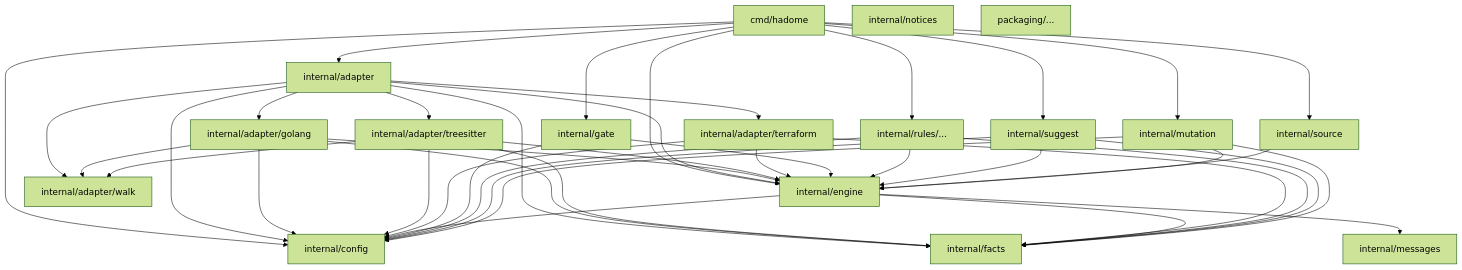
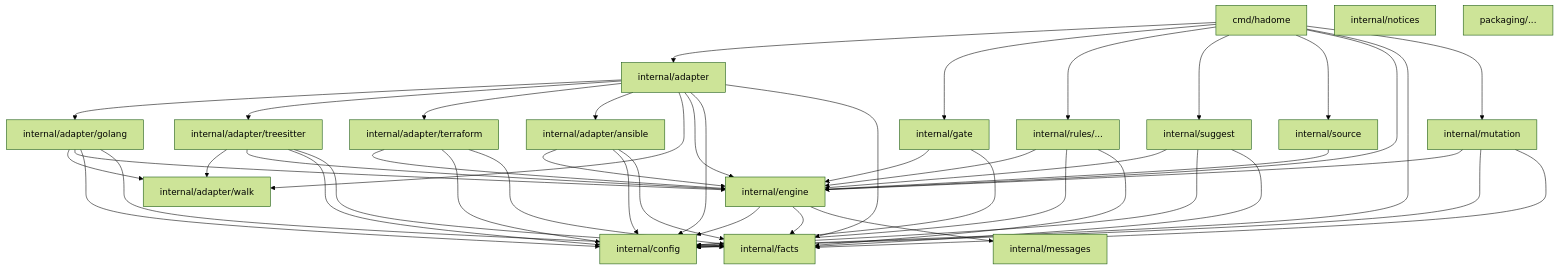
Before and after one commit to rerorets/hadome: the diagram in docs/design/dependencies.ja.md, drawn with Mermaid (forest theme). The commit also changed 39 other files, not shown here.

````diff
--- a/docs/design/dependencies.ja.md
+++ b/docs/design/dependencies.ja.md
@@ -5,17 +5,17 @@
 ```mermaid
 flowchart TB
   cmd["cmd/hadome"] --> adapter["internal/adapter"] & gate["internal/gate"] & rules["internal/rules/..."]
   cmd --> suggest["internal/suggest"] & source["internal/source"] & engine["internal/engine"] & config["internal/config"]
   cmd --> mutation["internal/mutation"]
-  adapter --> golang["internal/adapter/golang"] & treesitter["internal/adapter/treesitter"] & terraform["internal/adapter/terraform"]
+  adapter --> golang["internal/adapter/golang"] & treesitter["internal/adapter/treesitter"] & terraform["internal/adapter/terraform"] & ansible["internal/adapter/ansible"]
   adapter & golang & treesitter --> walk["internal/adapter/walk"]
-  adapter & golang & treesitter & terraform --> engine & config & facts["internal/facts"]
+  adapter & golang & treesitter & terraform & ansible --> engine & config & facts["internal/facts"]
   engine --> config & facts & messages["internal/messages"]
   gate --> engine & config
   rules --> engine & config & facts
   suggest --> engine & config & facts
   source --> engine
   mutation --> engine & config & facts
   notices["internal/notices"]
   packaging["packaging/..."]
 ```
````
